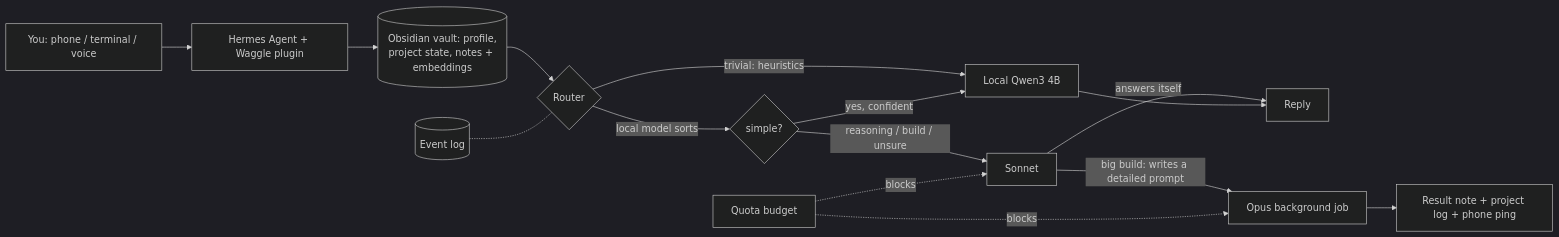
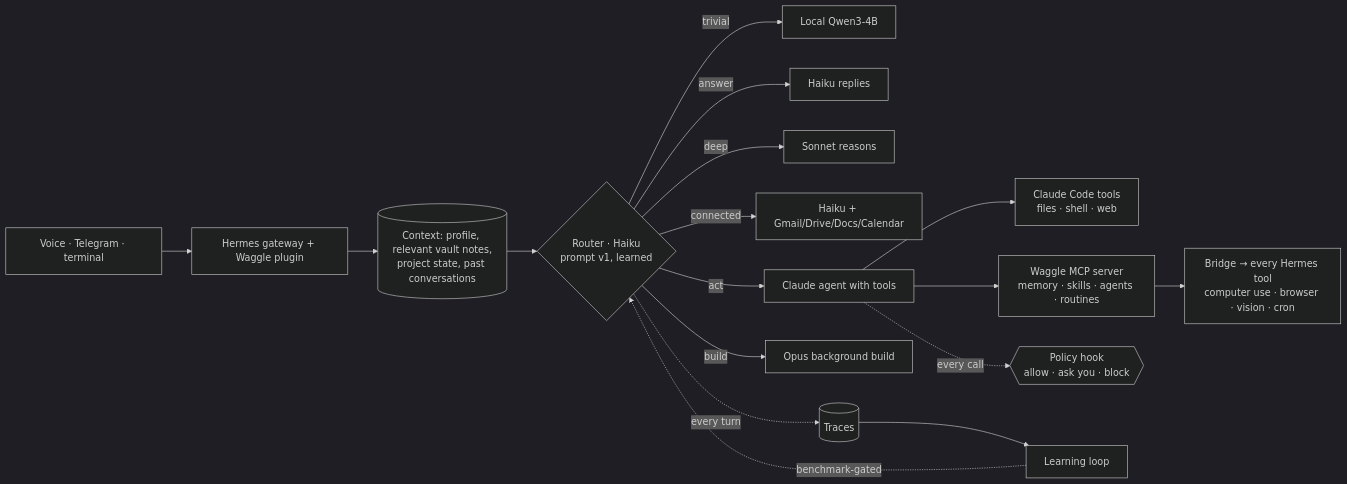
The diagram in README.md (LILRINO71/waggle), drawn with Mermaid (dark theme) before and after one commit. The commit also changed other lines of this file and 4 other files, not shown here.

Commit message:
Docs: README for the new Waggle, ARCHITECTURE.md (14 interfaces, bridge + hook rationale), router benchmark results; HQ shows routines + learning

````diff
--- a/README.md
+++ b/README.md
@@ -16,17 +16,18 @@
 ```mermaid
 flowchart LR
-    U[You: phone / terminal / voice] --> H[Hermes Agent + Waggle plugin]
-    H --> M[(Obsidian vault: profile,<br/>project state, notes + embeddings)]
-    M --> R{Router}
-    R -- trivial: heuristics --> L[Local Qwen3 4B]
-    R -- local model sorts --> C{simple?}
-    C -- yes, confident --> L
-    C -- reasoning / build / unsure --> S[Sonnet]
-    S -- answers itself --> A[Reply]
-    S -- big build: writes a detailed prompt --> O[Opus background job]
-    O --> V[Result note + project log + phone ping]
-    L --> A
-    Q[Quota budget] -. blocks .-> S
-    Q -. blocks .-> O
-    E[(Event log)] -.- R
+    U[Voice · Telegram · terminal] --> H[Hermes gateway + Waggle plugin]
+    H --> C[(Context: profile, relevant vault notes,<br/>project state, past conversations)]
+    C --> R{Router · Haiku<br/>prompt v1, learned}
+    R -- trivial --> L[Local Qwen3-4B]
+    R -- answer --> A[Haiku replies]
+    R -- deep --> S[Sonnet reasons]
+    R -- connected --> G[Haiku + Gmail/Drive/Docs/Calendar]
+    R -- act --> AG[Claude agent with tools]
+    R -- build --> O[Opus background build]
+    AG --> T1[Claude Code tools<br/>files · shell · web]
+    AG --> T2[Waggle MCP server<br/>memory · skills · agents · routines]
+    T2 --> B[Bridge → every Hermes tool<br/>computer use · browser · vision · cron]
+    AG -. every call .-> P{{Policy hook<br/>allow · ask you · block}}
+    R -. every turn .-> TR[(Traces)] --> LR[Learning loop]
+    LR -. benchmark-gated .-> R
 ```
````
